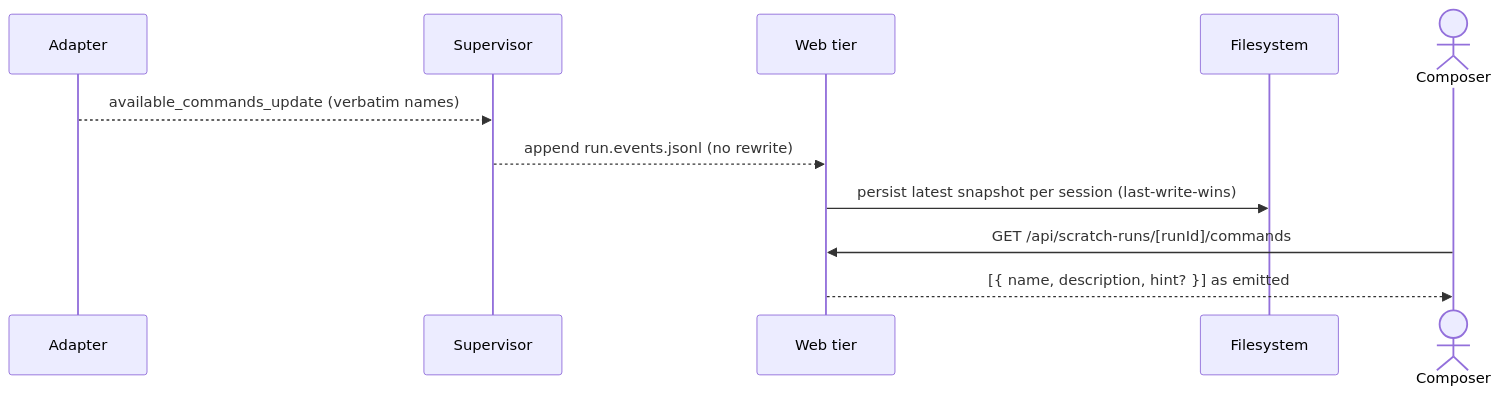
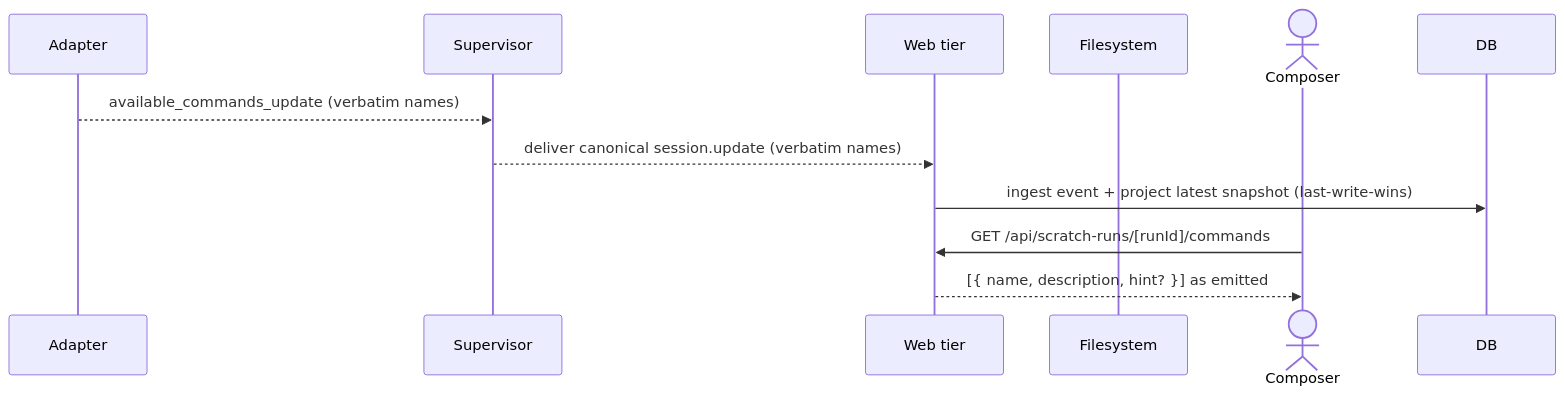
One commit to maister-dev/maister changed the fifth of 7 diagrams in docs/system-analytics/runs.md. Above: the diagram before and after it, drawn with Mermaid. The commit also changed other lines of this file and 41 other files, not shown here.

````diff
--- a/docs/system-analytics/runs.md
+++ b/docs/system-analytics/runs.md
@@ -942,14 +943,14 @@
 ```mermaid
 sequenceDiagram
     participant A as Adapter
     participant SV as Supervisor
     participant W as Web tier
     participant FS as Filesystem
     actor U as Composer
 
     A-->>SV: available_commands_update (verbatim names)
-    SV-->>W: append run.events.jsonl (no rewrite)
-    W->>FS: persist latest snapshot per session (last-write-wins)
+    SV-->>W: deliver canonical session.update (verbatim names)
+    W->>DB: ingest event + project latest snapshot (last-write-wins)
     U->>W: GET /api/scratch-runs/[runId]/commands
     W-->>U: [{ name, description, hint? }] as emitted
 ```
````
